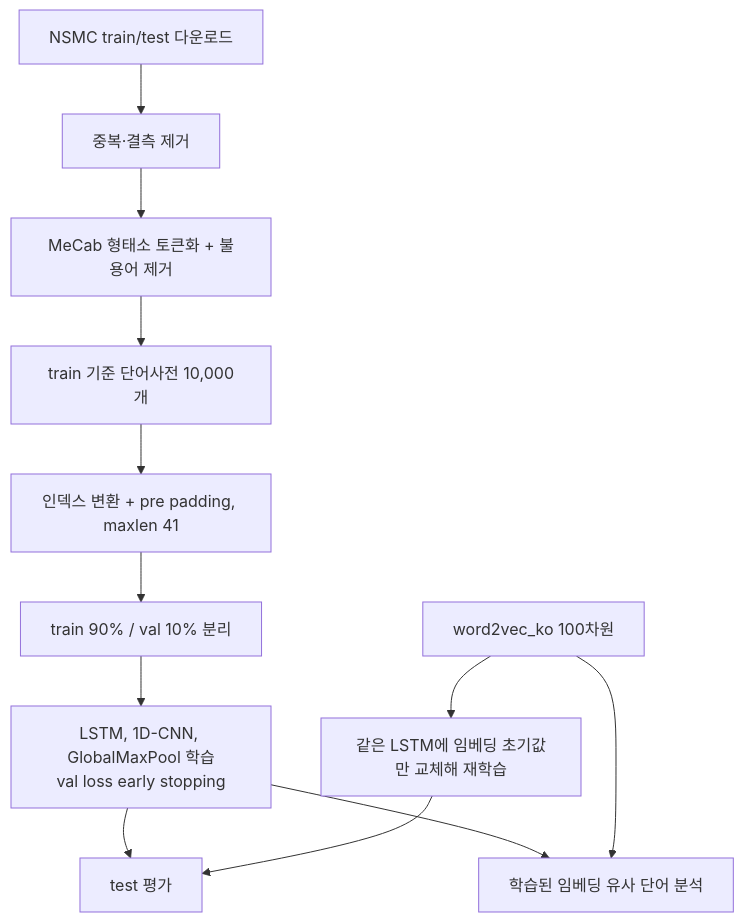
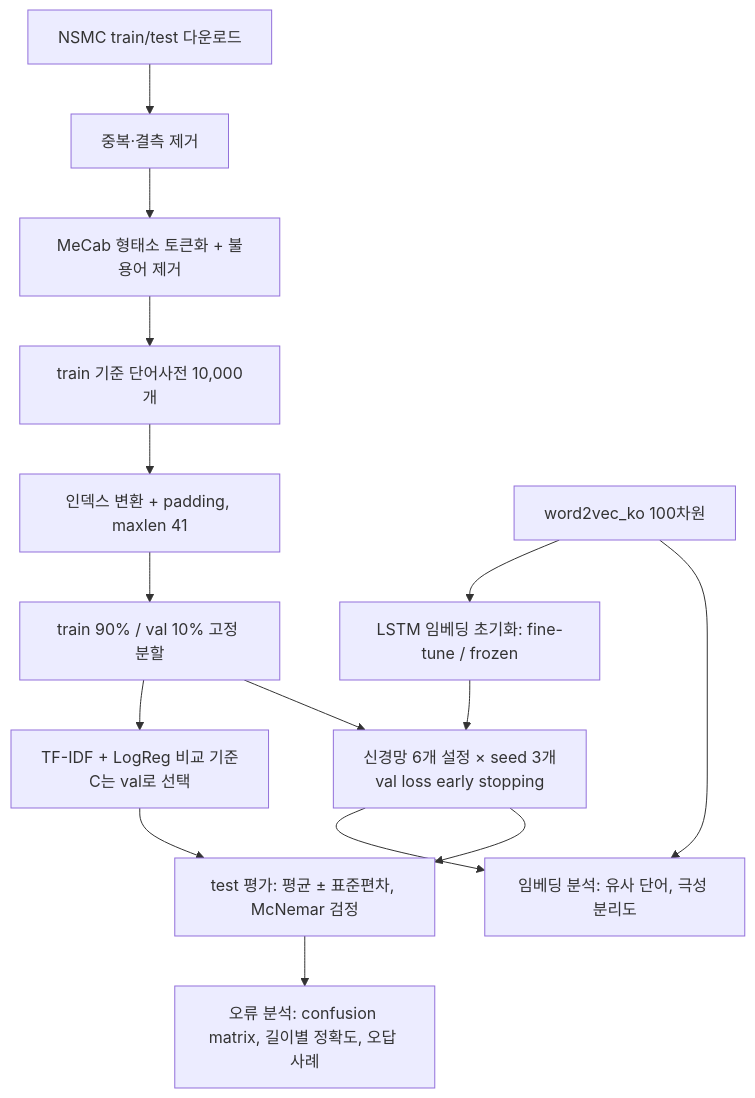
One commit to gosu1/ERICA_X_MODULABS_NLP changed the diagram in 02_Sentiment_Analysis/README.md. Above: the diagram before and after it, drawn with Mermaid. The commit also changed other lines of this file and 1 other file, not shown here.

Commit message:
감성분석 실험 보강: seed 3회 반복, TF-IDF 비교 기준, 오류 분석

````diff
--- a/02_Sentiment_Analysis/README.md
+++ b/02_Sentiment_Analysis/README.md
@@ -24,14 +30,17 @@
 ```mermaid
 flowchart TD
     A[NSMC train/test 다운로드] --> B[중복·결측 제거]
     B --> C[MeCab 형태소 토큰화 + 불용어 제거]
     C --> D[train 기준 단어사전 10,000개]
-    D --> E[인덱스 변환 + pre padding, maxlen 41]
-    E --> F[train 90% / val 10% 분리]
-    F --> G[LSTM, 1D-CNN, GlobalMaxPool 학습<br/>val loss early stopping]
-    G --> H[test 평가]
-    G --> I[학습된 임베딩 유사 단어 분석]
+    D --> E[인덱스 변환 + padding, maxlen 41]
+    E --> F[train 90% / val 10% 고정 분할]
+    F --> G[신경망 6개 설정 × seed 3개<br/>val loss early stopping]
+    F --> T[TF-IDF + LogReg 비교 기준<br/>C는 val로 선택]
+    G --> H[test 평가: 평균 ± 표준편차, McNemar 검정]
+    T --> H
+    G --> I[임베딩 분석: 유사 단어, 극성 분리도]
     J[word2vec_ko 100차원] --> I
-    J --> K[같은 LSTM에 임베딩 초기값만 교체해 재학습]
-    K --> H
+    J --> K[LSTM 임베딩 초기화: fine-tune / frozen]
+    K --> G
+    H --> L[오류 분석: confusion matrix, 길이별 정확도, 오답 사례]
 ```
````
